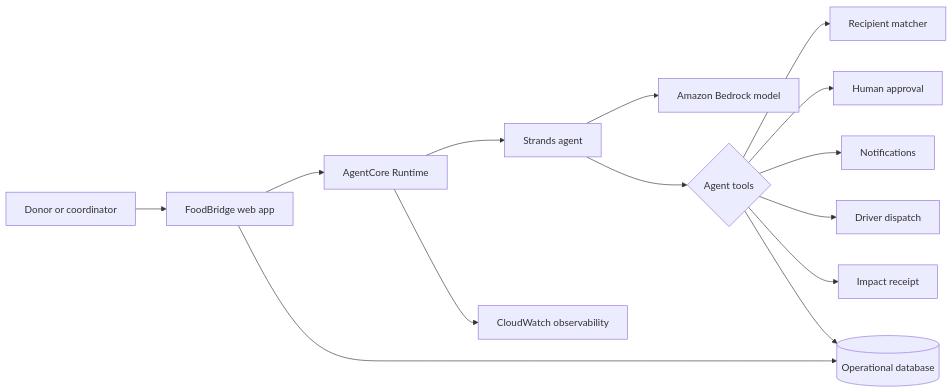
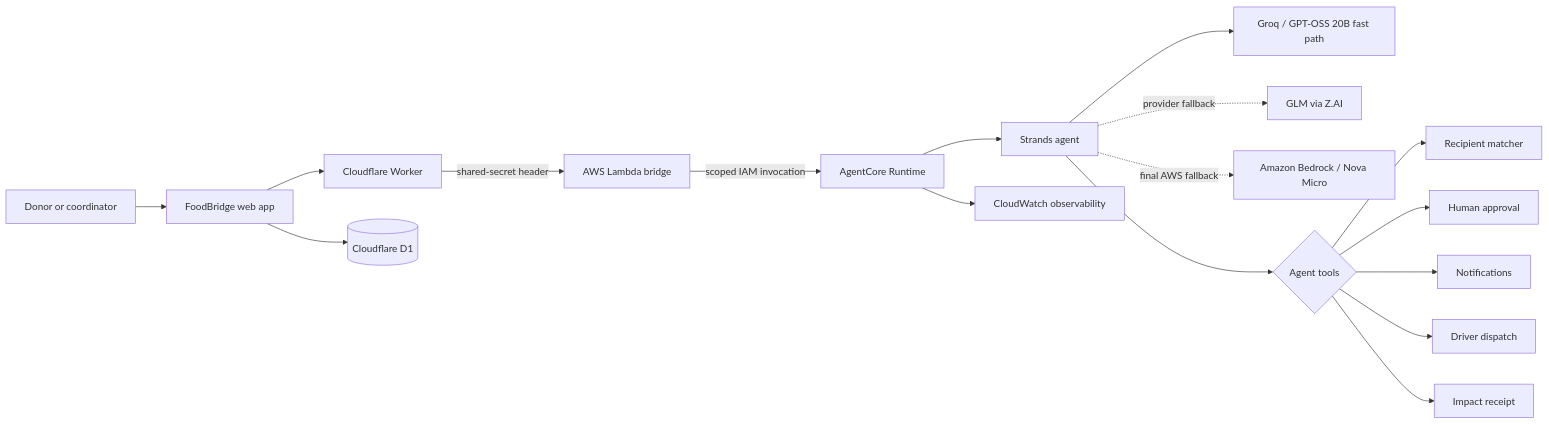
One commit to MohamedShameem/FoodBridge changed the diagram in docs/ARCHITECTURE.md. Above: the diagram before and after it, drawn with Mermaid. The commit also changed other lines of this file and 48 other files, not shown here.

First line of the commit message:
feat(core): implement multi-provider model routing and AWS bridge

````diff
--- a/docs/ARCHITECTURE.md
+++ b/docs/ARCHITECTURE.md
@@ -3,16 +3,19 @@
 ```mermaid
 flowchart LR
     U[Donor or coordinator] --> W[FoodBridge web app]
-    W --> A[AgentCore Runtime]
+    W --> C[Cloudflare Worker]
+    W --> DB[(Cloudflare D1)]
+    C -->|shared-secret header| L[AWS Lambda bridge]
+    L -->|scoped IAM invocation| A[AgentCore Runtime]
     A --> S[Strands agent]
-    S --> B[Amazon Bedrock model]
+    S --> Q[Groq / GPT-OSS 20B fast path]
+    S -. provider fallback .-> G[GLM via Z.AI]
+    S -. final AWS fallback .-> B[Amazon Bedrock / Nova Micro]
     S --> T{Agent tools}
     T --> M[Recipient matcher]
     T --> H[Human approval]
     T --> N[Notifications]
     T --> D[Driver dispatch]
     T --> R[Impact receipt]
-    W --> DB[(Operational database)]
-    T --> DB
     A --> O[CloudWatch observability]
 ```
````
